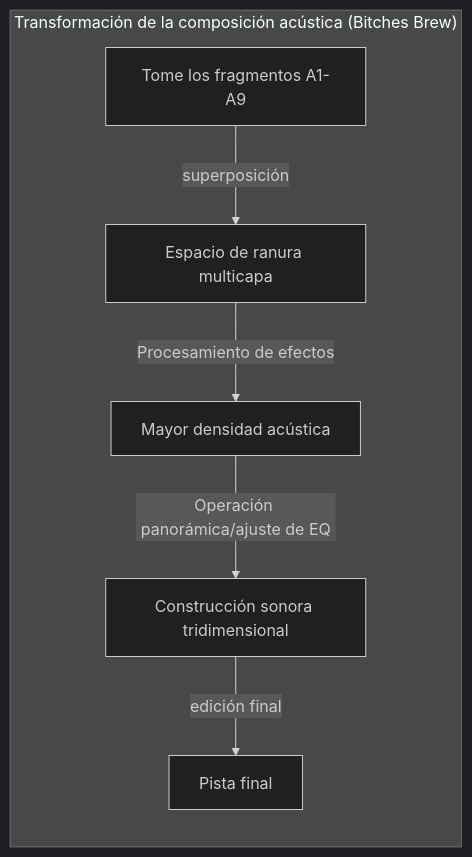
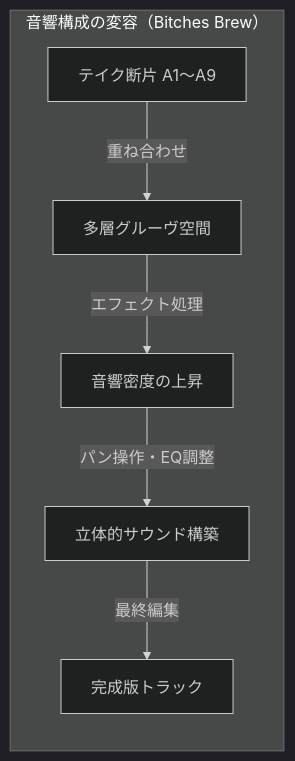
Before and after one commit to monumental-movement/monumental-movement.github.io: the fifth of 12 diagrams in es/_posts/2025-10-28-column-macero-miles.md, drawn with Mermaid (dark theme). The commit also changed other lines of this file and 299 other files, not shown here.

```diff
--- a/es/_posts/2025-10-28-column-macero-miles.md
+++ b/es/_posts/2025-10-28-column-macero-miles.md
@@ -256,11 +256,11 @@
 <div class="mermaid">
 
 graph LR
-    subgraph Editing_Structure["Transformación de la composición acústica (Bitches Brew)"]
-        A["Tome los fragmentos A1-A9"] -->|superposición| B["Espacio de ranura multicapa"]
-        B -->|Procesamiento de efectos| C["Mayor densidad acústica"]
-        C -->|Operación panorámica/ajuste de EQ| D["Construcción sonora tridimensional"]
-        D -->|edición final| E["Pista final"]
+    subgraph Editing_Structure["音響構成の変容（Bitches Brew）"]
+        A["テイク断片 A1〜A9"] -->|重ね合わせ| B["多層グルーヴ空間"]
+        B -->|エフェクト処理| C["音響密度の上昇"]
+        C -->|パン操作・EQ調整| D["立体的サウンド構築"]
+        D -->|最終編集| E["完成版トラック"]
     end
 
 </div>
```
